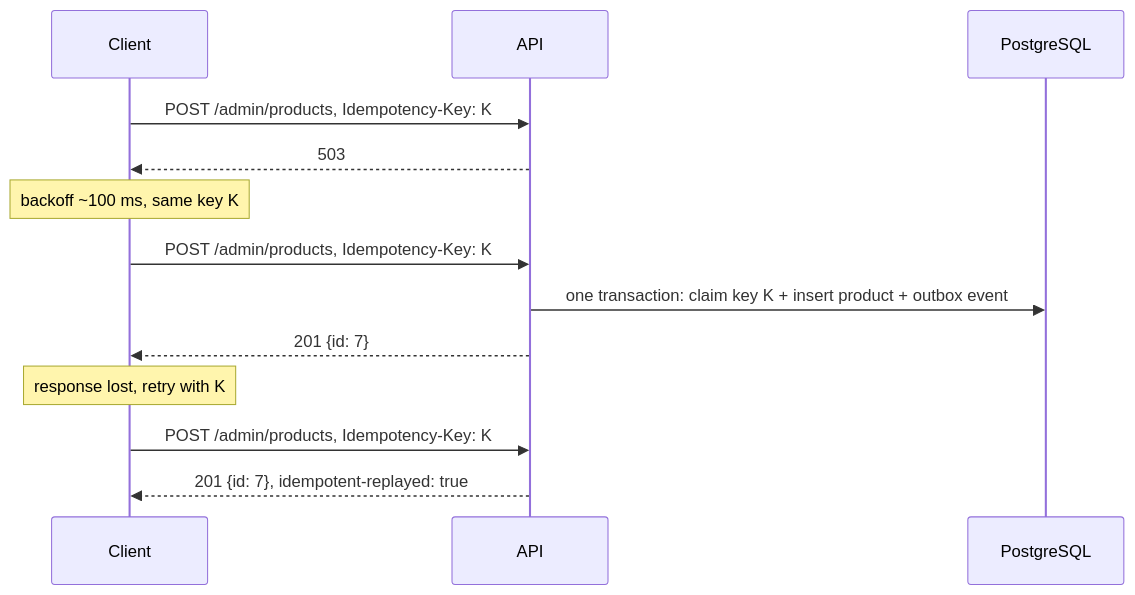
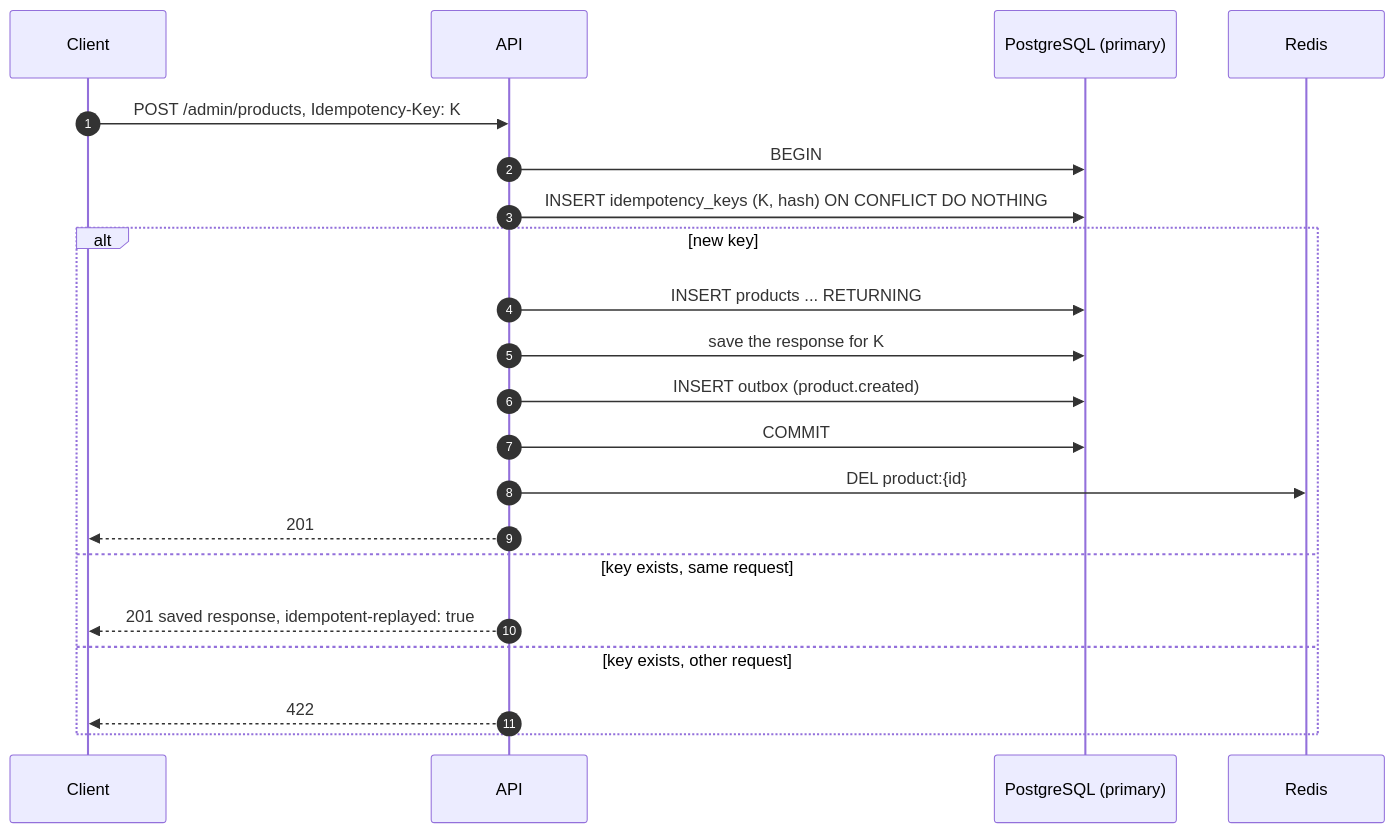
Before and after one commit to BEknUur/kbtu-higload-backend: the third of 6 diagrams in sis-2/README.md, drawn with Mermaid. The commit also changed other lines of this file, not shown here.

Commit message:
docs: update README.md to enhance product catalog architecture and API details

````diff
--- a/sis-2/README.md
+++ b/sis-2/README.md
@@ -97,15 +121,23 @@
 ```mermaid
 sequenceDiagram
+    autonumber
     participant C as Client
     participant A as API
-    participant DB as PostgreSQL
+    participant DB as PostgreSQL (primary)
+    participant R as Redis
     C->>A: POST /admin/products, Idempotency-Key: K
-    A-->>C: 503
-    Note over C: backoff ~100 ms, same key K
-    C->>A: POST /admin/products, Idempotency-Key: K
-    A->>DB: one transaction: claim key K + insert product + outbox event
-    A-->>C: 201 {id: 7}
-    Note over C: response lost, retry with K
-    C->>A: POST /admin/products, Idempotency-Key: K
-    A-->>C: 201 {id: 7}, idempotent-replayed: true
+    A->>DB: BEGIN
+    A->>DB: INSERT idempotency_keys (K, hash) ON CONFLICT DO NOTHING
+    alt new key
+        A->>DB: INSERT products ... RETURNING
+        A->>DB: save the response for K
+        A->>DB: INSERT outbox (product.created)
+        A->>DB: COMMIT
+        A->>R: DEL product:{id}
+        A-->>C: 201
+    else key exists, same request
+        A-->>C: 201 saved response, idempotent-replayed: true
+    else key exists, other request
+        A-->>C: 422
+    end
 ```
````
